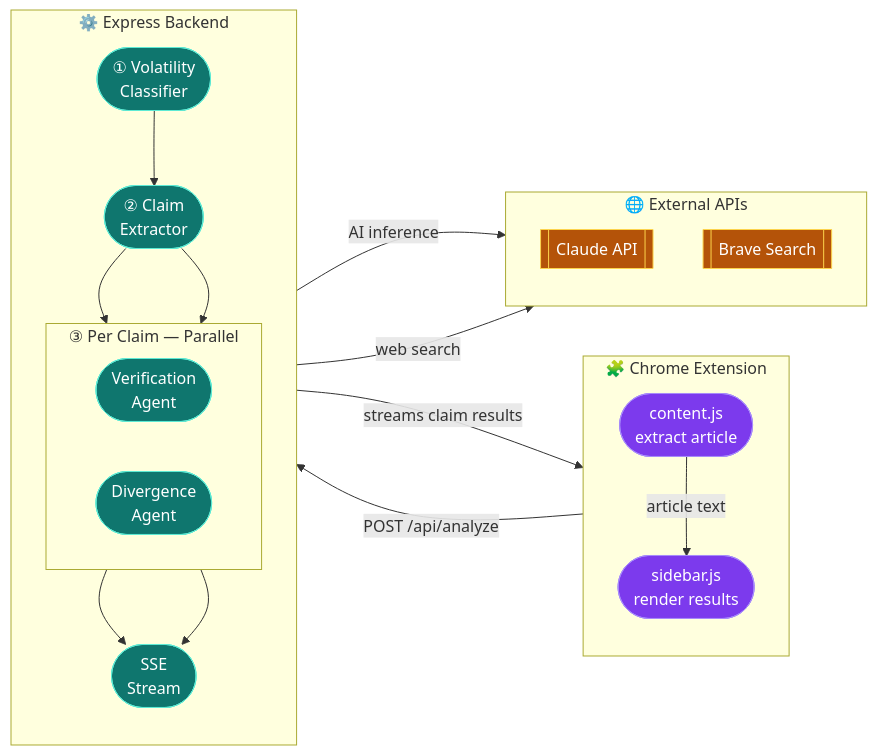
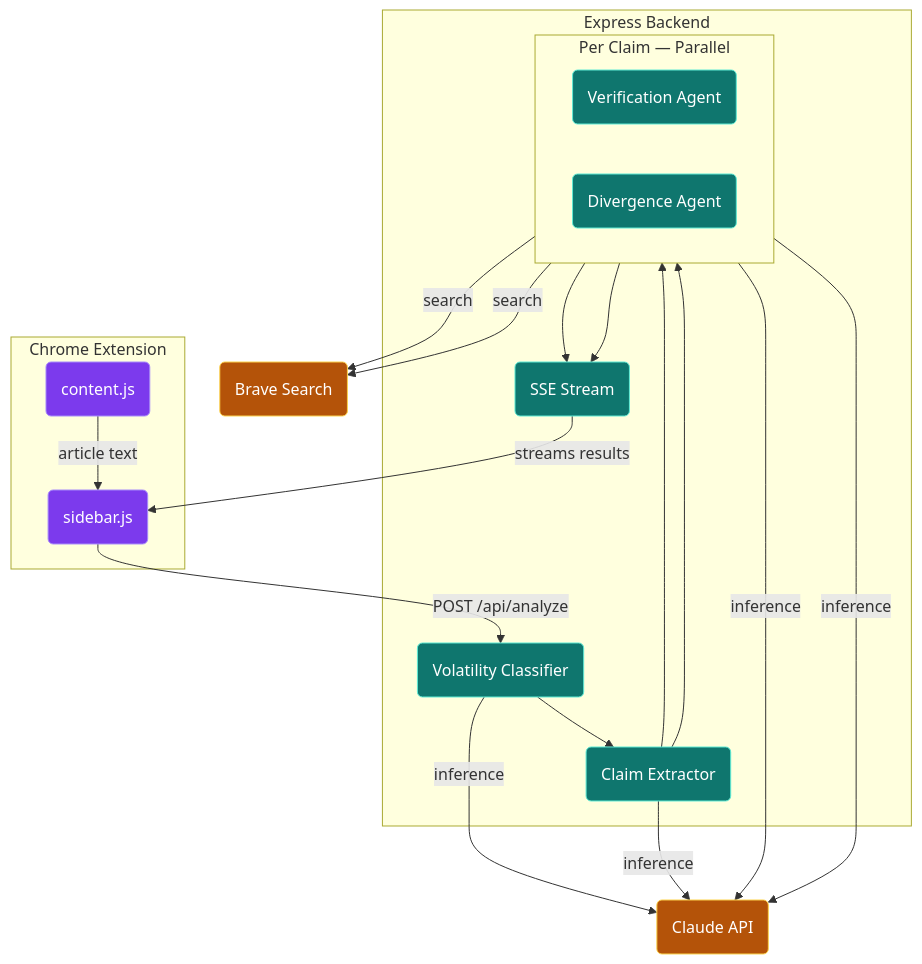
The diagram in README.md (rianchad/VeritasAI), drawn with Mermaid before and after one commit. The commit also changed other lines of this file, not shown here.

````diff
--- a/README.md
+++ b/README.md
@@ -94,44 +117,43 @@
 ```mermaid
-flowchart LR
+flowchart TD
     classDef ext fill:#7c3aed,stroke:#a78bfa,color:#fff
     classDef srv fill:#0f766e,stroke:#5eead4,color:#fff
     classDef api fill:#b45309,stroke:#fcd34d,color:#fff
 
-    subgraph chrome["🧩 Chrome Extension"]
-        direction TB
-        content(["content.js\nextract article"]):::ext
-        sidebar(["sidebar.js\nrender results"]):::ext
+    subgraph chrome["Chrome Extension"]
+        content(content.js):::ext
+        sidebar(sidebar.js):::ext
     end
 
-    subgraph backend["⚙️ Express Backend"]
-        direction TB
-        vol(["① Volatility\nClassifier"]):::srv
-        ext(["② Claim\nExtractor"]):::srv
+    subgraph server["Express Backend"]
+        vol(Volatility Classifier):::srv
+        extractor(Claim Extractor):::srv
 
-        subgraph par["③ Per Claim — Parallel"]
+        subgraph par["Per Claim — Parallel"]
             direction LR
-            verify(["Verification\nAgent"]):::srv
-            diverge(["Divergence\nAgent"]):::srv
+            verify(Verification Agent):::srv
+            diverge(Divergence Agent):::srv
         end
 
-        sse(["SSE\nStream"]):::srv
+        sse(SSE Stream):::srv
     end
 
-    subgraph apis["🌐 External APIs"]
-        direction TB
-        claude[["Claude API"]]:::api
-        brave[["Brave Search"]]:::api
-    end
+    claude(Claude API):::api
+    brave(Brave Search):::api
 
     content -->|article text| sidebar
     sidebar -->|POST /api/analyze| vol
-    vol --> ext
-    ext --> verify
-    ext --> diverge
+    vol --> extractor
+    extractor --> verify
+    extractor --> diverge
     verify --> sse
     diverge --> sse
-    sse -->|streams claim results| sidebar
+    sse -->|streams results| sidebar
 
-    backend -->|AI inference| claude
-    backend -->|web search| brave
+    verify -->|search| brave
+    diverge -->|search| brave
+    vol -->|inference| claude
+    extractor -->|inference| claude
+    verify -->|inference| claude
+    diverge -->|inference| claude
 ```
````
